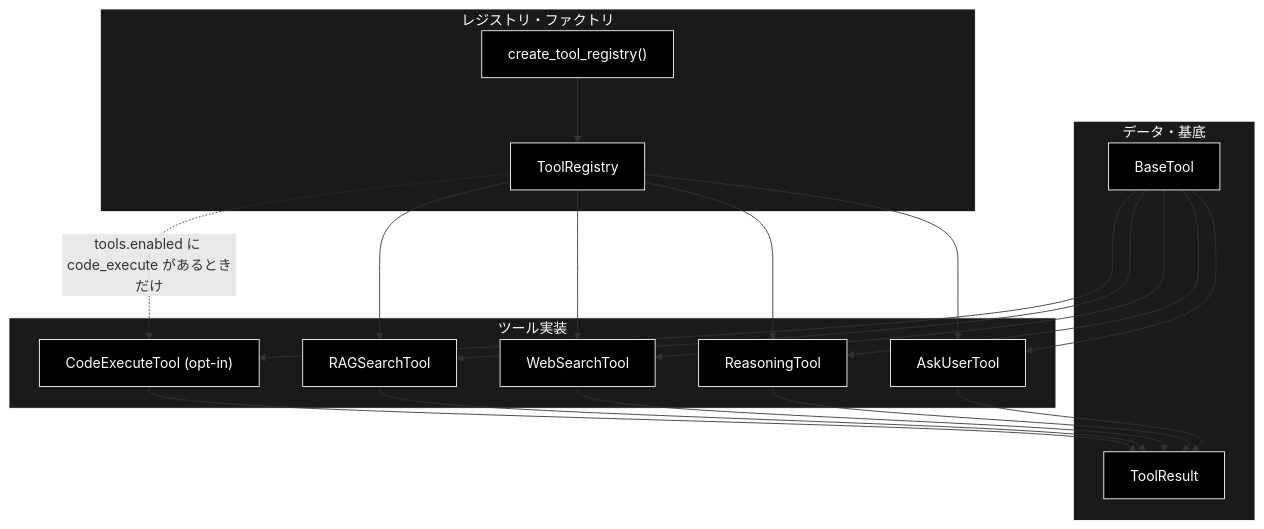
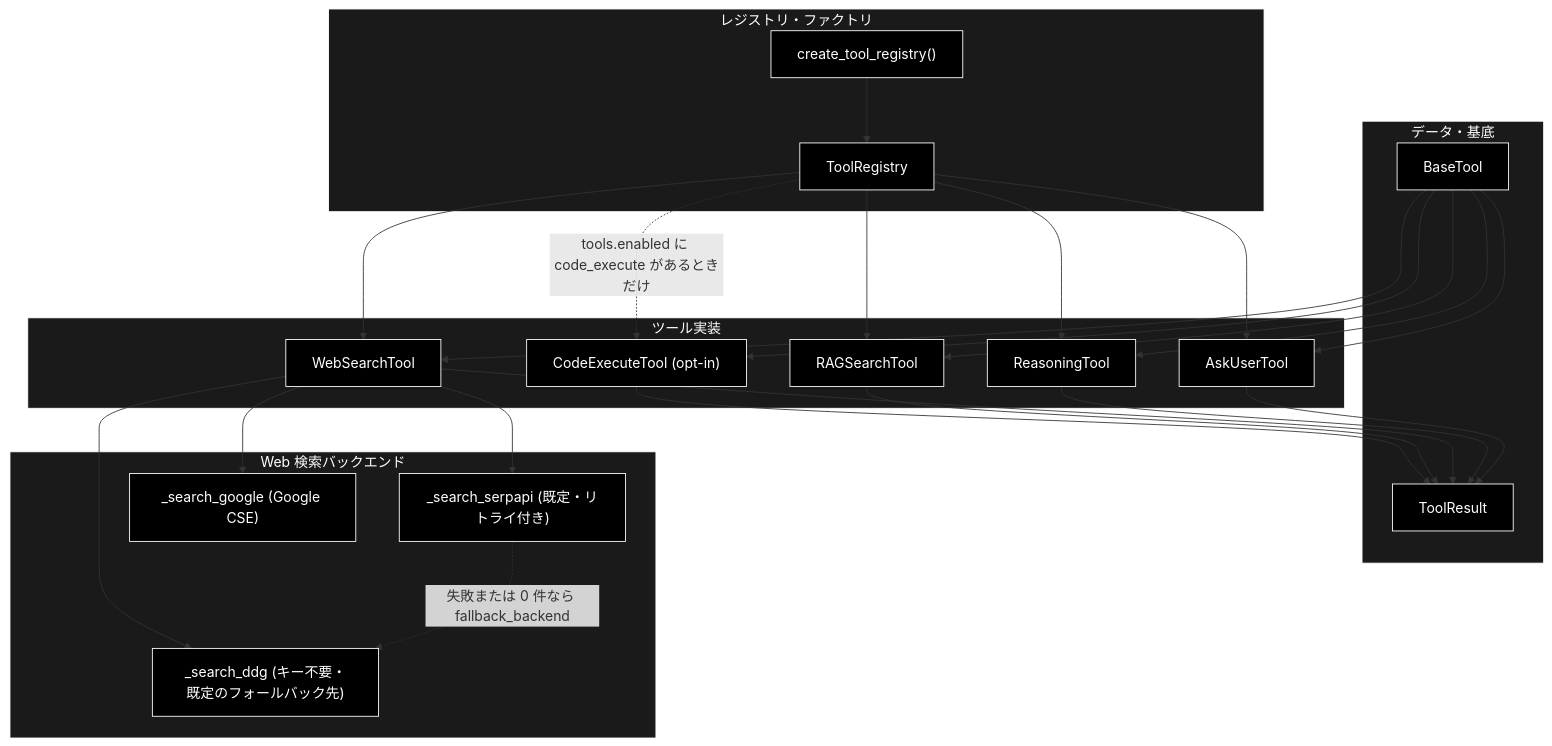
One commit to nakashima2toshio/grace_v2_local changed the second of 3 diagrams in grace/docs/tools.md. Above: the diagram before and after it, drawn with Mermaid. The commit also changed other lines of this file and 2 other files, not shown here.

First line of the commit message:
docs(grace): web_search.md を tools.md へ統合し削除

````diff
--- a/grace/docs/tools.md
+++ b/grace/docs/tools.md
@@ -150,43 +155,54 @@
 ```mermaid
 flowchart TB
     subgraph DATA["データ・基底"]
         TR["ToolResult"]
         BT["BaseTool"]
     end
 
     subgraph TOOLS["ツール実装"]
         RAGT["RAGSearchTool"]
         WEBT["WebSearchTool"]
         REASONT["ReasoningTool"]
         ASKT["AskUserTool"]
         CODET["CodeExecuteTool (opt-in)"]
     end
 
     subgraph REG["レジストリ・ファクトリ"]
         REGC["ToolRegistry"]
         FACT["create_tool_registry()"]
     end
 
+    subgraph WBK["Web 検索バックエンド"]
+        SERP["_search_serpapi (既定・リトライ付き)"]
+        DDG["_search_ddg (キー不要・既定のフォールバック先)"]
+        GCSE["_search_google (Google CSE)"]
+    end
+
     BT --> RAGT
     BT --> WEBT
     BT --> REASONT
     BT --> ASKT
     BT --> CODET
     CODET --> TR
     RAGT --> TR
     WEBT --> TR
     REASONT --> TR
     ASKT --> TR
     FACT --> REGC
     REGC --> RAGT
     REGC --> WEBT
     REGC --> REASONT
     REGC --> ASKT
     REGC -.->|"tools.enabled に code_execute があるときだけ"| CODET
+    WEBT --> SERP
+    WEBT --> DDG
+    WEBT --> GCSE
+    SERP -.->|"失敗または 0 件なら fallback_backend"| DDG
 classDef default fill:#000,stroke:#fff,color:#fff
 classDef subgraphStyle fill:#1a1a1a,stroke:#fff,color:#fff
-class TR,BT,RAGT,WEBT,REASONT,ASKT,CODET,REGC,FACT default
+class TR,BT,RAGT,WEBT,REASONT,ASKT,CODET,REGC,FACT,SERP,DDG,GCSE default
 style DATA fill:#1a1a1a,stroke:#fff,color:#fff
 style TOOLS fill:#1a1a1a,stroke:#fff,color:#fff
 style REG fill:#1a1a1a,stroke:#fff,color:#fff
+style WBK fill:#1a1a1a,stroke:#fff,color:#fff
 ```
````
